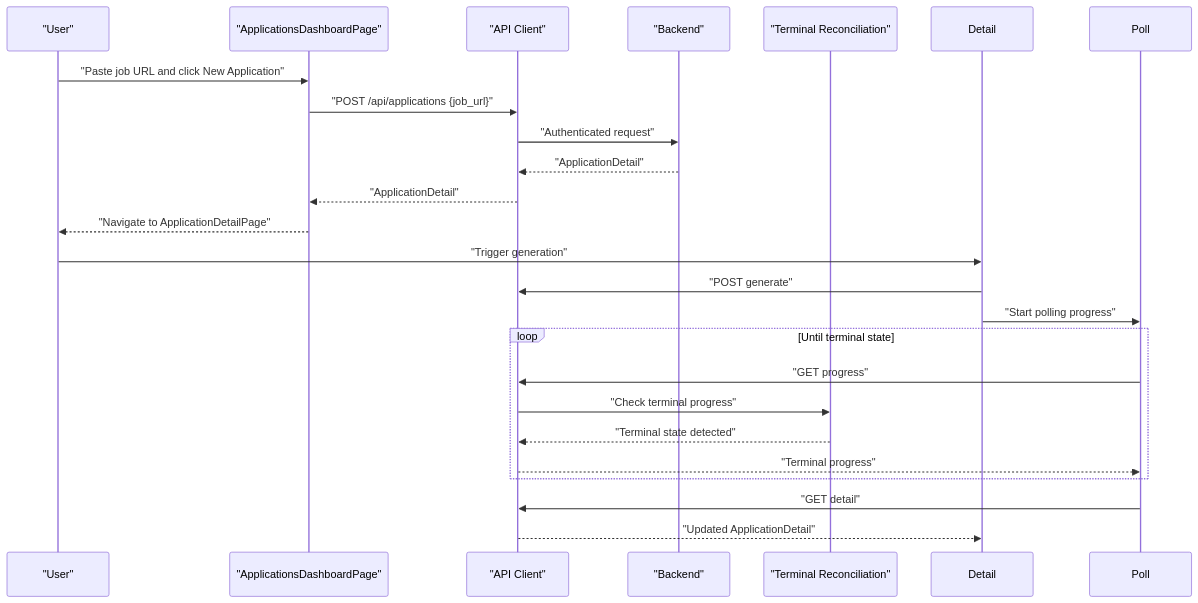
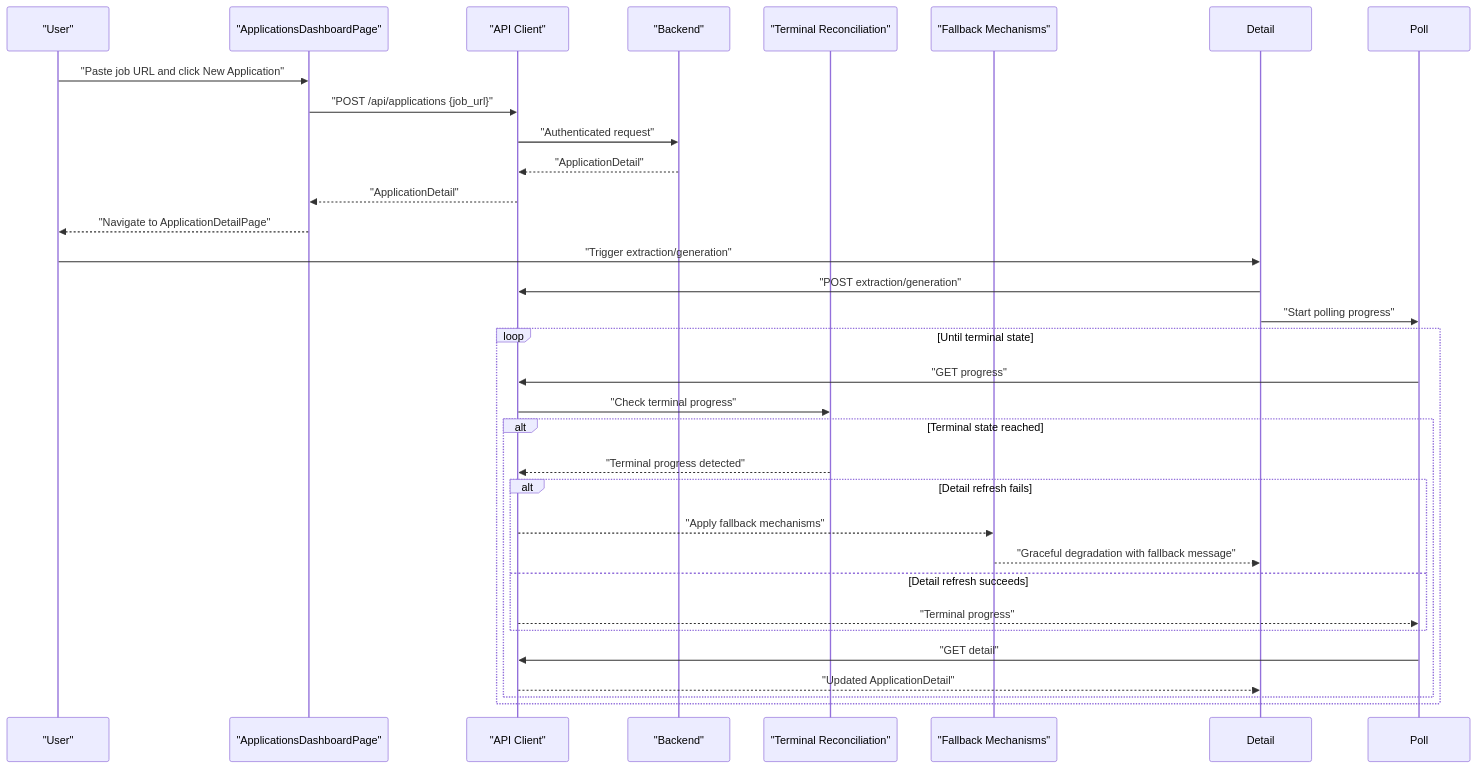
Before and after one commit to sankaL/job-app: the second of 7 diagrams in .qoder/repowiki/en/content/Frontend Application/Application Pages.md, drawn with Mermaid. The commit also changed other lines of this file and 9 other files, not shown here.

First line of the commit message:
docs(build-plan): add extraction callback resilience and terminal progress reconciliation

````diff
--- a/.qoder/repowiki/en/content/Frontend Application/Application Pages.md
+++ b/.qoder/repowiki/en/content/Frontend Application/Application Pages.md
@@ -131,25 +136,33 @@
 ```mermaid
 sequenceDiagram
 participant User as "User"
 participant Dashboard as "ApplicationsDashboardPage"
 participant API as "API Client"
 participant Backend as "Backend"
 participant TermRec as "Terminal Reconciliation"
+participant Fallback as "Fallback Mechanisms"
 User->>Dashboard : "Paste job URL and click New Application"
 Dashboard->>API : "POST /api/applications {job_url}"
 API->>Backend : "Authenticated request"
 Backend-->>API : "ApplicationDetail"
 API-->>Dashboard : "ApplicationDetail"
 Dashboard-->>User : "Navigate to ApplicationDetailPage"
-User->>Detail : "Trigger generation"
-Detail->>API : "POST generate"
+User->>Detail : "Trigger extraction/generation"
+Detail->>API : "POST extraction/generation"
 Detail->>Poll : "Start polling progress"
 loop Until terminal state
 Poll->>API : "GET progress"
 API->>TermRec : "Check terminal progress"
-TermRec-->>API : "Terminal state detected"
+alt Terminal state reached
+TermRec-->>API : "Terminal progress detected"
+alt Detail refresh fails
+API-->>Fallback : "Apply fallback mechanisms"
+Fallback-->>Detail : "Graceful degradation with fallback message"
+else Detail refresh succeeds
 API-->>Poll : "Terminal progress"
 end
 Poll->>API : "GET detail"
 API-->>Detail : "Updated ApplicationDetail"
+end
+end
 ```
````
